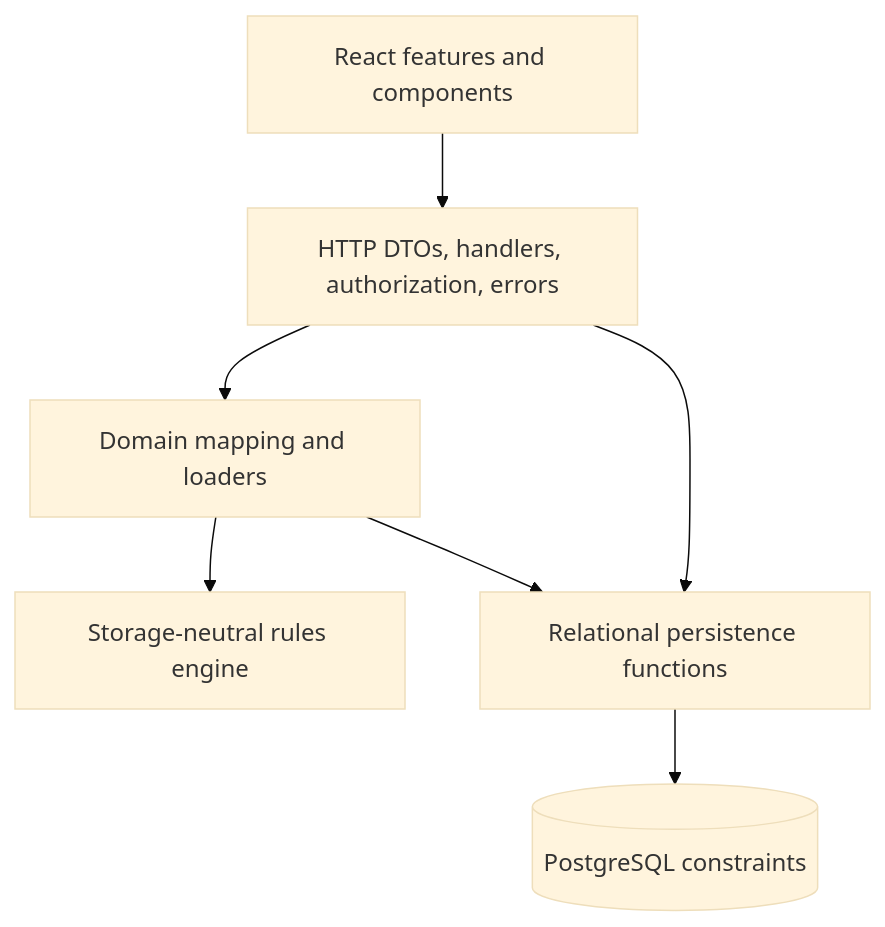
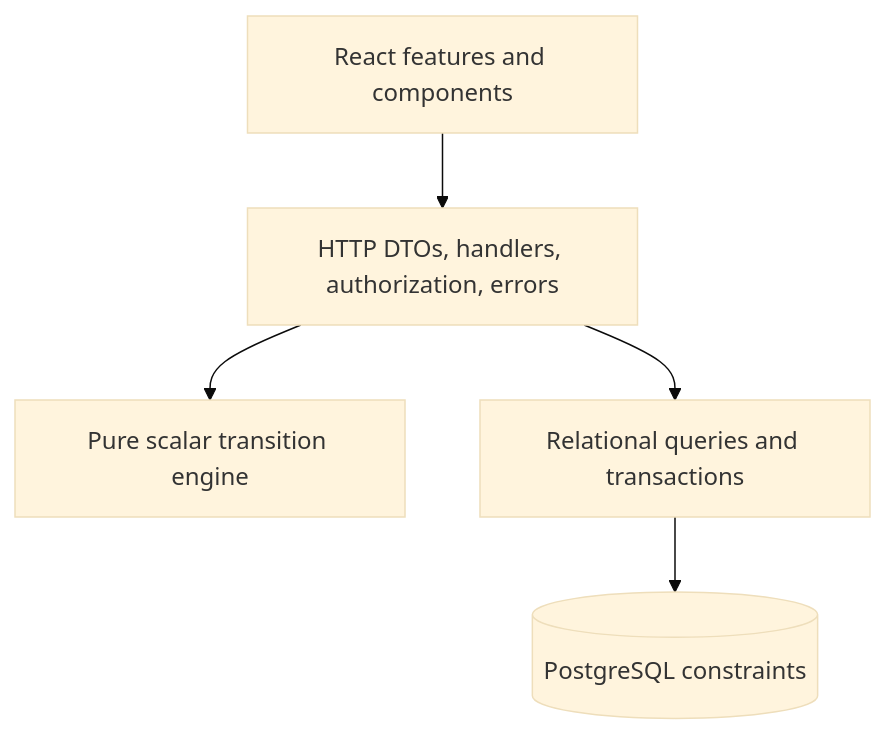
One commit to JTan2231/gezerah changed the third of 6 diagrams in docs/architecture.md. Above: the diagram before and after it, drawn with Mermaid (base theme). The commit also changed other lines of this file and 110 other files, not shown here.

````diff
--- a/docs/architecture.md
+++ b/docs/architecture.md
@@ -87,16 +73,13 @@
 ```mermaid
 flowchart TD
     UI[React features and components]
     HTTP[HTTP DTOs, handlers, authorization, errors]
-    Map[Domain mapping and loaders]
-    Engine[Storage-neutral rules engine]
-    Store[Relational persistence functions]
+    Rules[Pure scalar transition engine]
+    Store[Relational queries and transactions]
     PG[(PostgreSQL constraints)]
 
     UI --> HTTP
-    HTTP --> Map
-    Map --> Engine
+    HTTP --> Rules
     HTTP --> Store
     Store --> PG
-    Map --> Store
 ```
````
